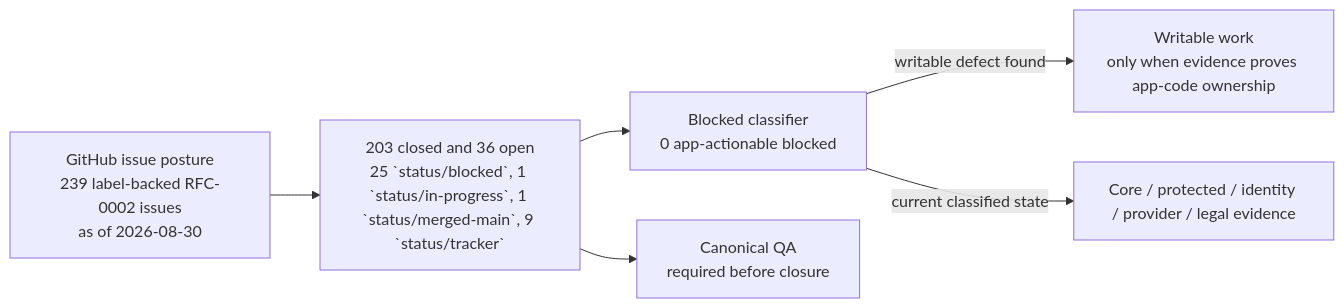
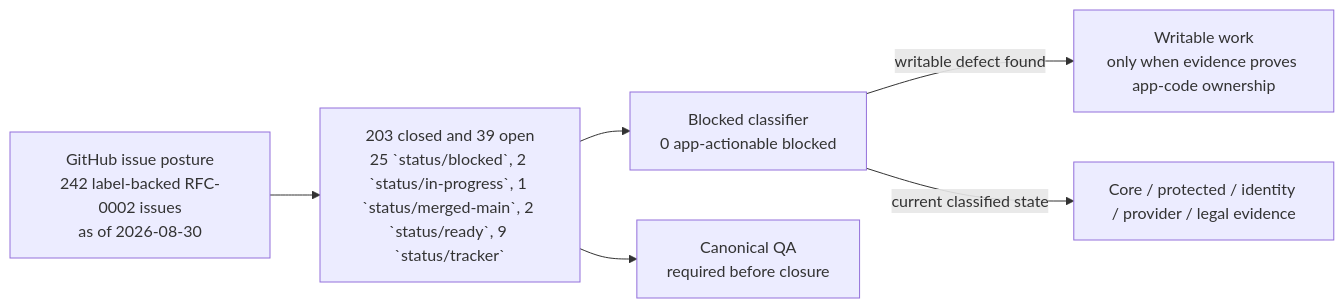
The first of 2 diagrams in wiki/RFC-0002-Execution-Status.md (sgajbi/lotus-idea), drawn with Mermaid before and after one commit. The commit also changed other lines of this file and 27 other files, not shown here.

````diff
--- a/wiki/RFC-0002-Execution-Status.md
+++ b/wiki/RFC-0002-Execution-Status.md
@@ -48,15 +48,15 @@
 ```mermaid
 flowchart LR
-    Issues["GitHub issue posture<br/>239 label-backed RFC-0002 issues<br/>as of 2026-08-30"]
-    Open["203 closed and 36 open<br/>25 `status/blocked`, 1 `status/in-progress`, 1 `status/merged-main`, 9 `status/tracker`"]
+    Issues["GitHub issue posture<br/>242 label-backed RFC-0002 issues<br/>as of 2026-08-30"]
+    Open["203 closed and 39 open<br/>25 `status/blocked`, 2 `status/in-progress`, 1 `status/merged-main`, 2 `status/ready`, 9 `status/tracker`"]
     Blocked["Blocked classifier<br/>0 app-actionable blocked"]
     Work["Writable work<br/>only when evidence proves app-code ownership"]
     External["Core / protected / identity / provider / legal evidence"]
     QA["Canonical QA<br/>required before closure"]
 
     Issues --> Open
     Open --> Blocked
     Blocked -->|"writable defect found"| Work
     Blocked -->|"current classified state"| External
     Open --> QA
 ```
````
